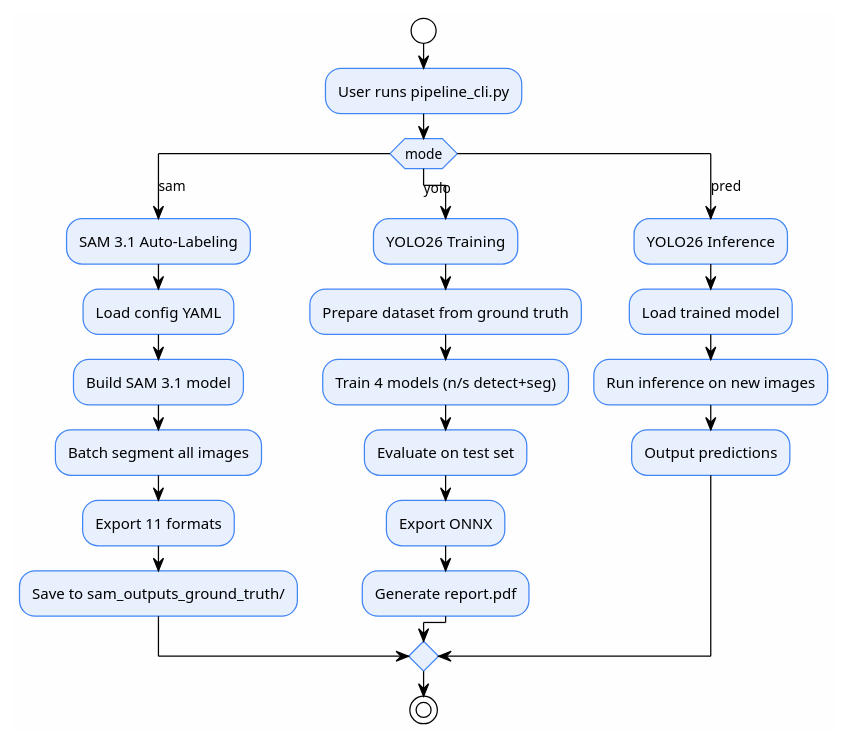
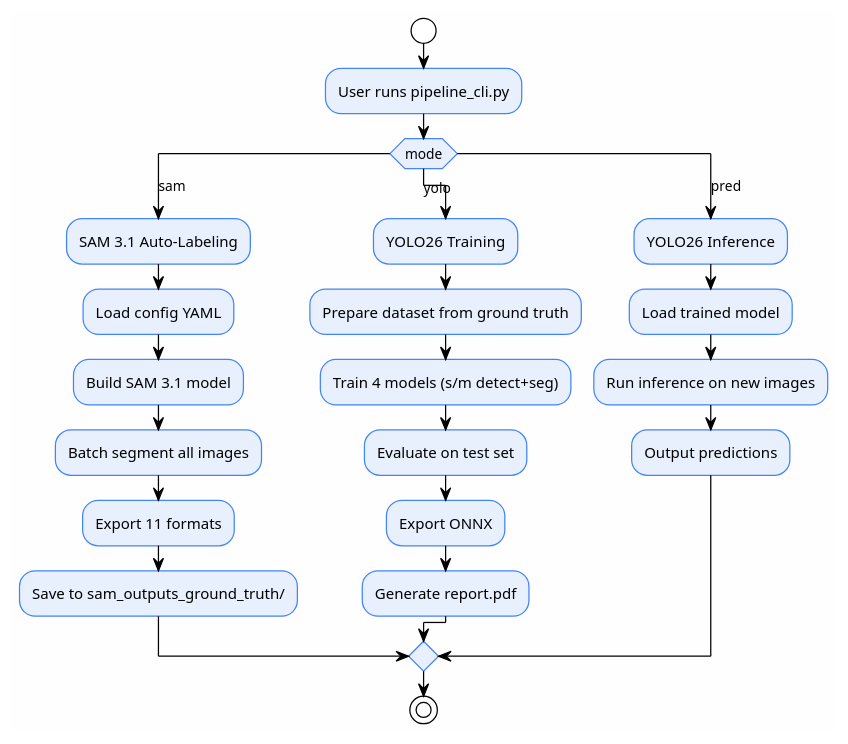
Before and after one commit to Telotubbies/auto_label: the fourth of 5 diagrams in docs/architecture/01-system-architecture.md, drawn with PlantUML. The commit also changed other lines of this file and 255 other files, not shown here.

````diff
--- a/docs/architecture/01-system-architecture.md
+++ b/docs/architecture/01-system-architecture.md
@@ -172,36 +172,36 @@
 ```plantuml {align="center"}
 @startuml
 !theme plain
 skinparam linetype ortho
 skinparam backgroundColor #FEFEFE
 skinparam ActivityBackgroundColor #E8F0FE
 skinparam ActivityBorderColor #4285F4
 
 start
 :User runs pipeline_cli.py;
 
 switch (mode)
 case (sam)
   :SAM 3.1 Auto-Labeling;
   :Load config YAML;
   :Build SAM 3.1 model;
   :Batch segment all images;
   :Export 11 formats;
   :Save to sam_outputs_ground_truth/;
 case (yolo)
   :YOLO26 Training;
   :Prepare dataset from ground truth;
-  :Train 4 models (n/s detect+seg);
+  :Train 4 models (s/m detect+seg);
   :Evaluate on test set;
   :Export ONNX;
   :Generate report.pdf;
 case (pred)
   :YOLO26 Inference;
   :Load trained model;
   :Run inference on new images;
   :Output predictions;
 endswitch
 
 stop
 @enduml
 ```
````
